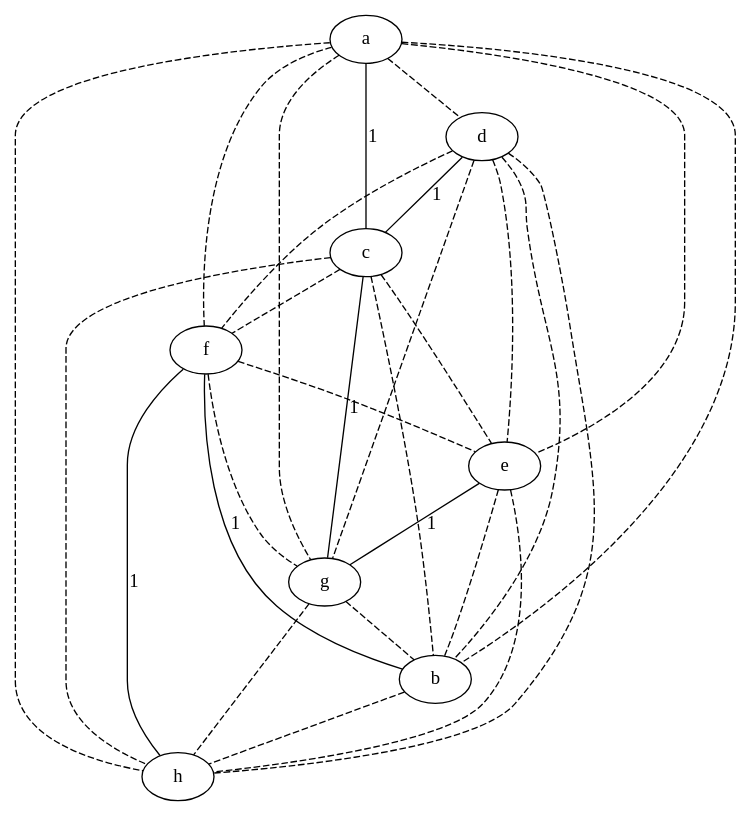
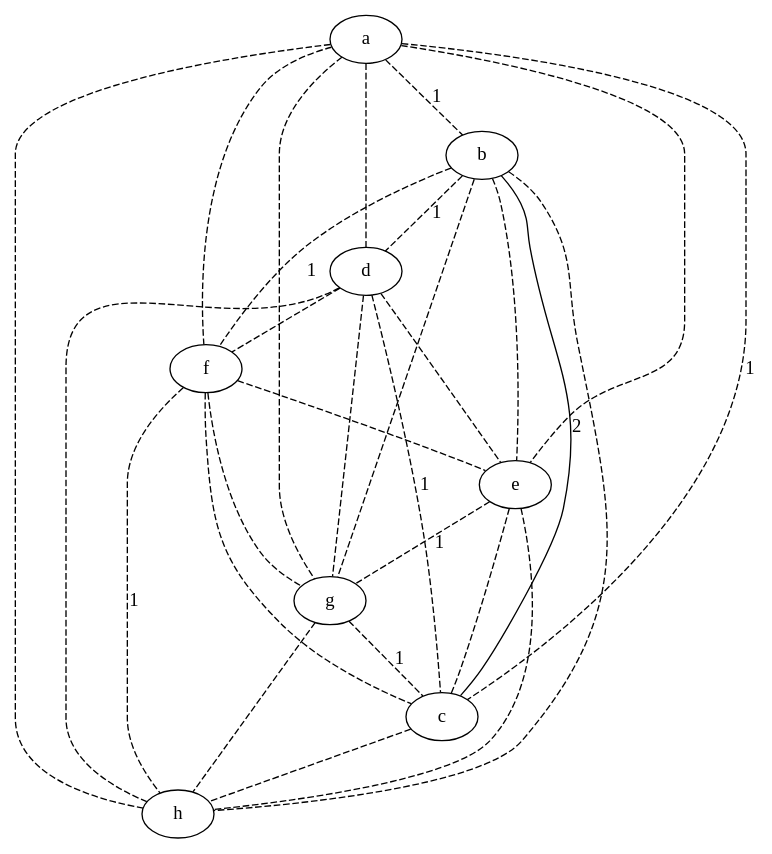
One commit to lrodrin/TFG changed the diagram in src/extension/plainGraph_with_threshold.dot. Above: the diagram before and after it, drawn with Graphviz. The commit also changed 4 other files, not shown here.

Commit message:
algoritme de plain graph modificat, només comtem amb els que els arriba alguna aresta

```diff
--- a/src/extension/plainGraph_with_threshold.dot
+++ b/src/extension/plainGraph_with_threshold.dot
@@ -1,38 +1,38 @@
 strict graph "" {
 a;
+b;
 d;
-c;
 f;
 e;
 g;
-b;
+c;
 h;
+a -- b  [color=black, label=1, style=dashed];
 a -- d  [color=black, style=dashed];
-a -- c  [color=black, label=1, style=solid];
 a -- f  [color=black, style=dashed];
 a -- e  [color=black, style=dashed];
 a -- g  [color=black, style=dashed];
-a -- b  [color=black, style=dashed];
+a -- c  [color=black, label=1, style=dashed];
 a -- h  [color=black, style=dashed];
-d -- c  [color=black, label=1, style=solid];
+b -- d  [color=black, label=1, style=dashed];
+b -- f  [color=black, label=1, style=dashed];
+b -- e  [color=black, style=dashed];
+b -- g  [color=black, style=dashed];
+b -- c  [color=black, label=2, style=solid];
+b -- h  [color=black, style=dashed];
 d -- f  [color=black, style=dashed];
 d -- e  [color=black, style=dashed];
 d -- g  [color=black, style=dashed];
-d -- b  [color=black, style=dashed];
+d -- c  [color=black, label=1, style=dashed];
 d -- h  [color=black, style=dashed];
-c -- f  [color=black, style=dashed];
-c -- e  [color=black, style=dashed];
-c -- g  [color=black, label=1, style=solid];
-c -- b  [color=black, style=dashed];
-c -- h  [color=black, style=dashed];
 f -- e  [color=black, style=dashed];
 f -- g  [color=black, style=dashed];
-f -- b  [color=black, label=1, style=solid];
-f -- h  [color=black, label=1, style=solid];
-e -- g  [color=black, label=1, style=solid];
-e -- b  [color=black, style=dashed];
+f -- c  [color=black, style=dashed];
+f -- h  [color=black, label=1, style=dashed];
+e -- g  [color=black, label=1, style=dashed];
+e -- c  [color=black, style=dashed];
 e -- h  [color=black, style=dashed];
-g -- b  [color=black, style=dashed];
+g -- c  [color=black, label=1, style=dashed];
 g -- h  [color=black, style=dashed];
-b -- h  [color=black, style=dashed];
+c -- h  [color=black, style=dashed];
 }
```
